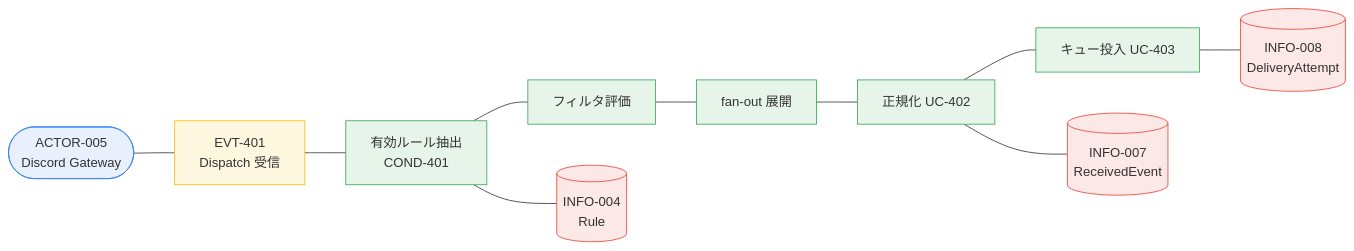
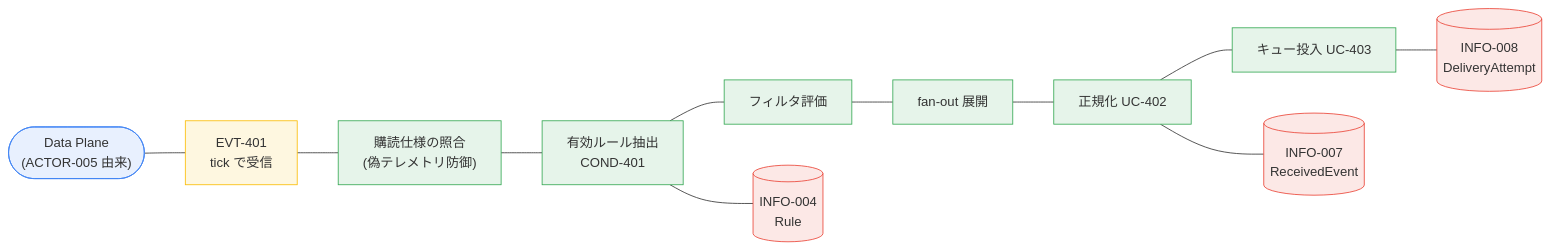
Before and after one commit to gdg-jp/gdgjp: the second of 2 diagrams in docs/rdra/discord-relay/contexts/event-delivery.md, drawn with Mermaid. The commit also changed other lines of this file and 6 other files, not shown here.

````diff
--- a/docs/rdra/discord-relay/contexts/event-delivery.md
+++ b/docs/rdra/discord-relay/contexts/event-delivery.md
@@ -216,32 +262,34 @@
 ```mermaid
 flowchart LR
-    GW(["ACTOR-005<br/>Discord Gateway"])
-    EVT401["EVT-401<br/>Dispatch 受信"]
+    DP(["Data Plane<br/>(ACTOR-005 由来)"])
+    EVT401["EVT-401<br/>tick で受信"]
+    C0["購読仕様の照合<br/>(偽テレメトリ防御)"]
     C1["有効ルール抽出<br/>COND-401"]
     C2["フィルタ評価"]
     C3["fan-out 展開"]
     C4["正規化 UC-402"]
     C5["キュー投入 UC-403"]
     INFO004[("INFO-004<br/>Rule")]
     INFO007[("INFO-007<br/>ReceivedEvent")]
     INFO008[("INFO-008<br/>DeliveryAttempt")]
 
-    GW --- EVT401
-    EVT401 --- C1
+    DP --- EVT401
+    EVT401 --- C0
+    C0 --- C1
     C1 --- INFO004
     C1 --- C2
     C2 --- C3
     C3 --- C4
     C4 --- INFO007
     C4 --- C5
     C5 --- INFO008
 
     classDef actor fill:#e8f0fe,stroke:#4285f4
     classDef boundary fill:#fef7e0,stroke:#fbbc04
     classDef control fill:#e6f4ea,stroke:#34a853
     classDef entity fill:#fce8e6,stroke:#ea4335
-    class GW actor
+    class DP actor
     class EVT401 boundary
-    class C1,C2,C3,C4,C5 control
+    class C0,C1,C2,C3,C4,C5 control
     class INFO004,INFO007,INFO008 entity
 ```
````
